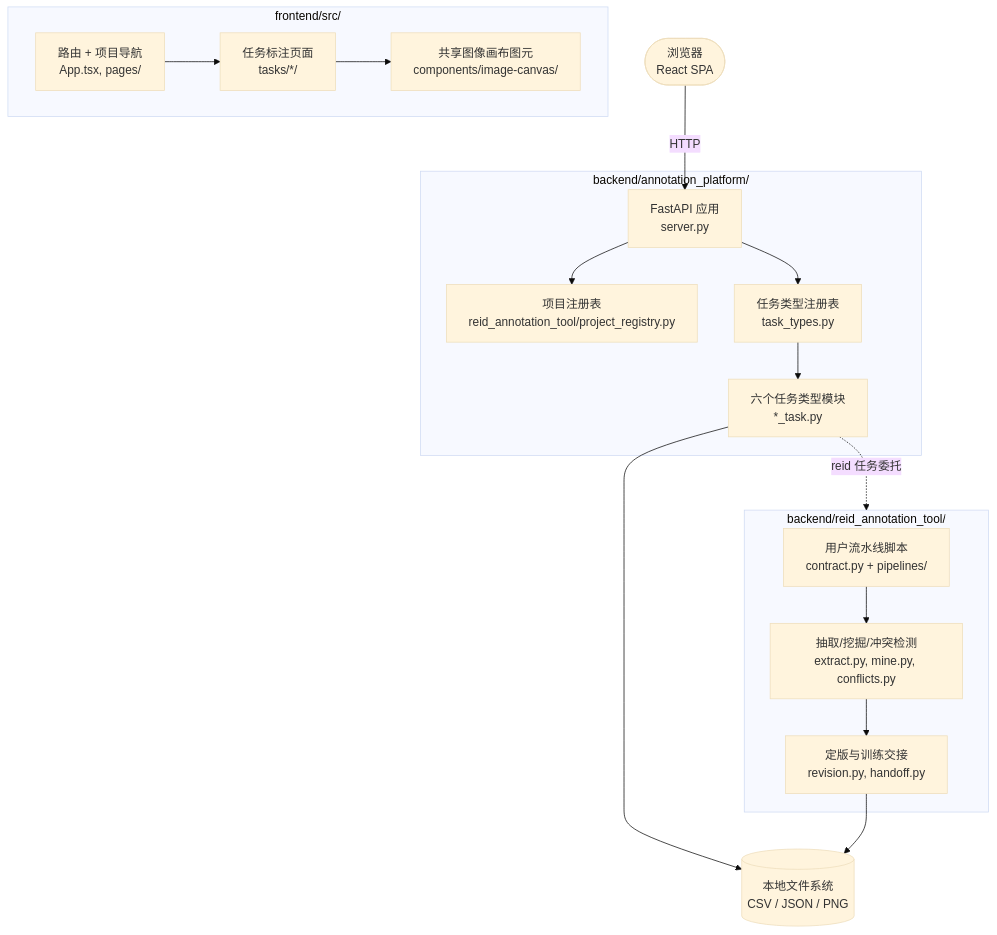
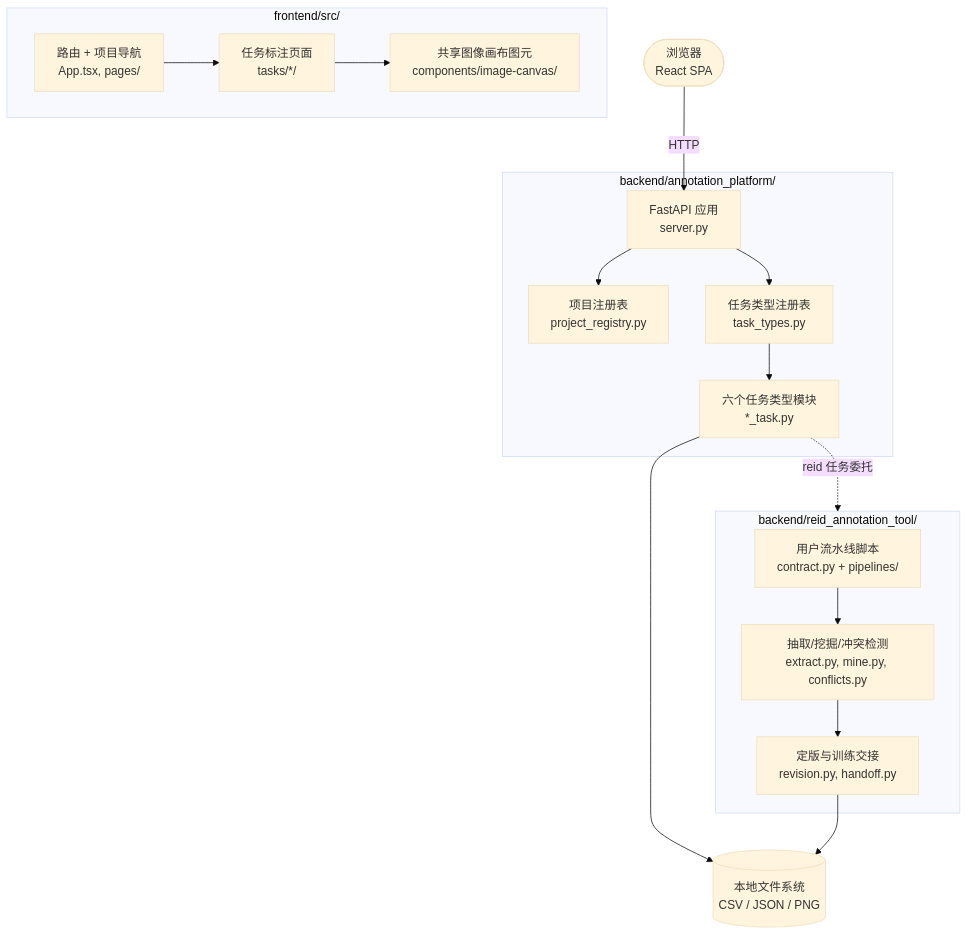
One commit to seagochen/annotation-toolkits changed the diagram in docs/detailed_design/00_概述.md. Above: the diagram before and after it, drawn with Mermaid (base theme). The commit also changed 9 other files, not shown here.

````diff
--- a/docs/detailed_design/00_概述.md
+++ b/docs/detailed_design/00_概述.md
@@ -92,31 +92,31 @@
 ```mermaid
 flowchart TD
     Browser(["浏览器<br/>React SPA"])
     subgraph Frontend["frontend/src/"]
         Router["路由 + 项目导航<br/>App.tsx, pages/"]
         Canvas["共享图像画布图元<br/>components/image-canvas/"]
         Tasks["任务标注页面<br/>tasks/*/"]
         Router --> Tasks
         Tasks --> Canvas
     end
     subgraph Backend["backend/annotation_platform/"]
         API["FastAPI 应用<br/>server.py"]
-        Registry["项目注册表<br/>reid_annotation_tool/project_registry.py"]
+        Registry["项目注册表<br/>project_registry.py"]
         Types["任务类型注册表<br/>task_types.py"]
         Modules["六个任务类型模块<br/>*_task.py"]
         API --> Registry
         API --> Types
         Types --> Modules
     end
     subgraph ReIDPkg["backend/reid_annotation_tool/"]
         Pipeline["用户流水线脚本<br/>contract.py + pipelines/"]
         Mine["抽取/挖掘/冲突检测<br/>extract.py, mine.py, conflicts.py"]
         Handoff["定版与训练交接<br/>revision.py, handoff.py"]
     end
     Files[("本地文件系统<br/>CSV / JSON / PNG")]
 
     Browser -- "HTTP" --> API
     Modules --> Files
     Modules -. "reid 任务委托" .-> ReIDPkg
     Pipeline --> Mine --> Handoff --> Files
 ```
````
